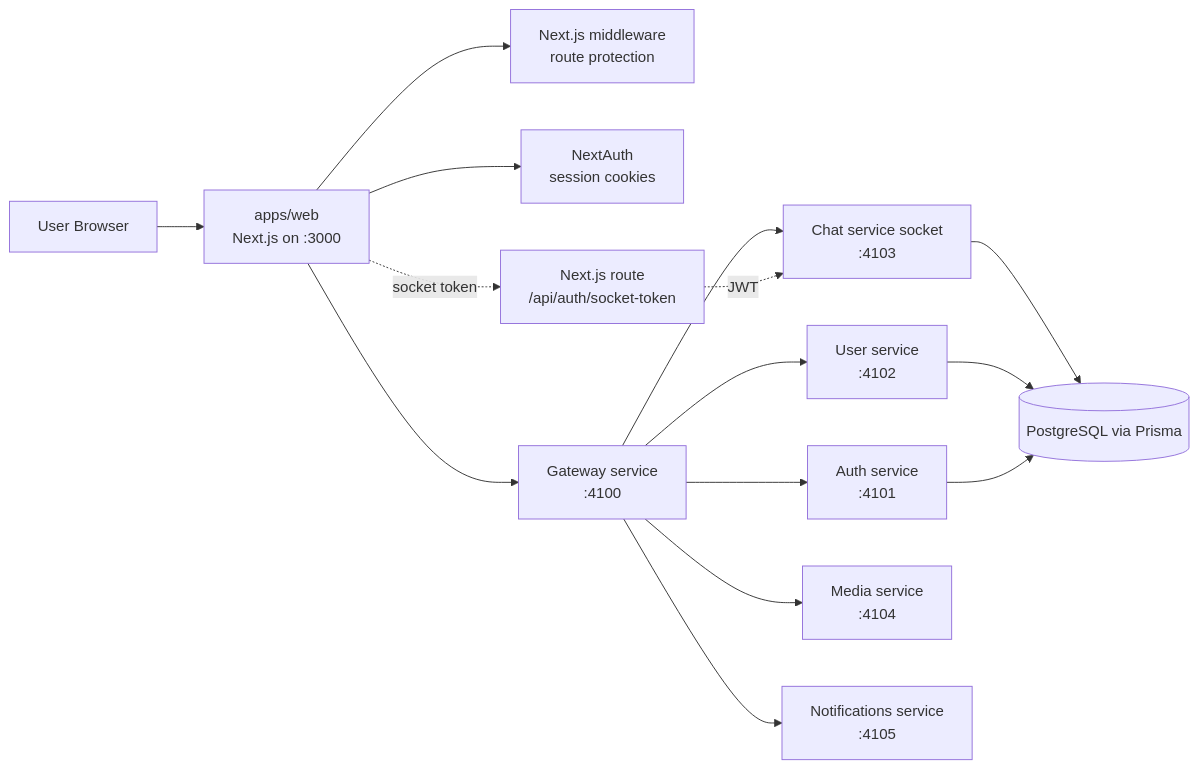
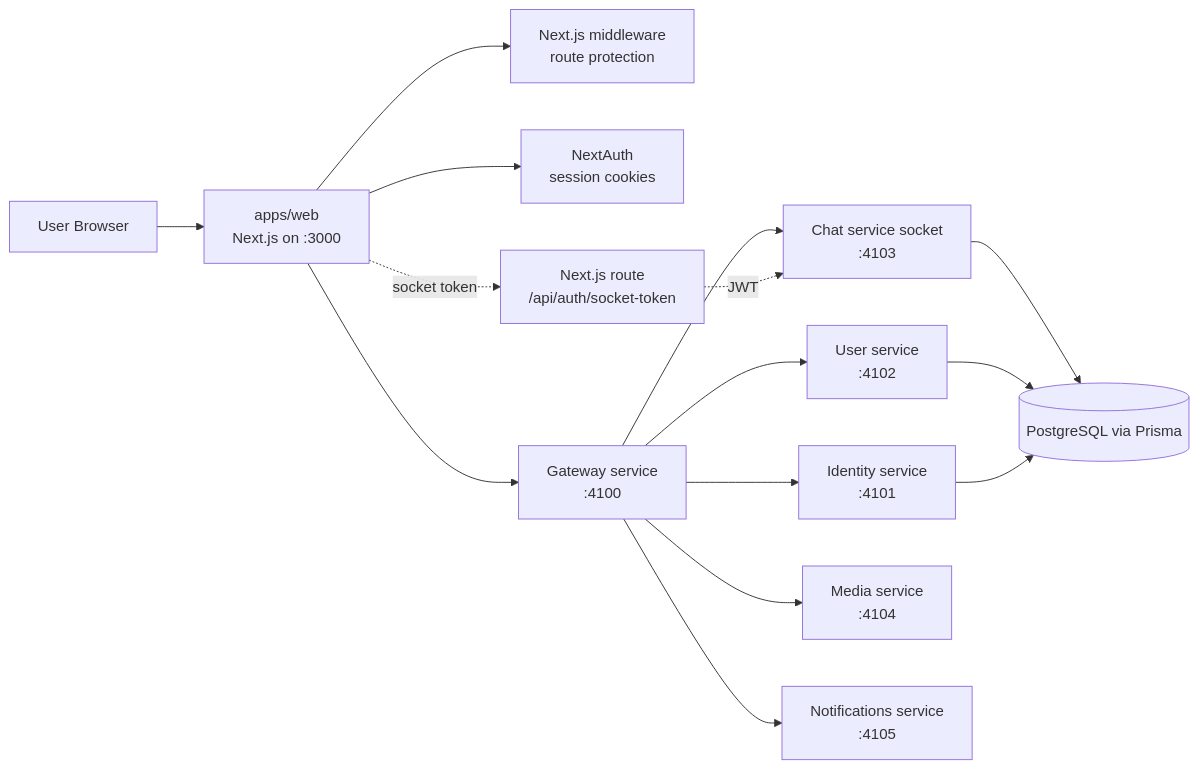
The first of 7 diagrams in docs/LOCALHOST_3000_REQUEST_WORKFLOW.md (Sam231221/Yome), drawn with Mermaid before and after one commit. The commit also changed other lines of this file and 7 other files, not shown here.

First line of the commit message:
docs: B05 completeness audit — remove unused dep, fix stale auth-service prose

````diff
--- a/docs/LOCALHOST_3000_REQUEST_WORKFLOW.md
+++ b/docs/LOCALHOST_3000_REQUEST_WORKFLOW.md
@@ -15,19 +15,19 @@
 ```mermaid
 flowchart LR
     U[User Browser] --> W[apps/web<br/>Next.js on :3000]
     W --> M[Next.js middleware<br/>route protection]
     W --> N[NextAuth<br/>session cookies]
     W --> G[Gateway service<br/>:4100]
     W -.socket token.-> A1[Next.js route<br/>/api/auth/socket-token]
     A1 -.JWT.-> C[Chat service socket<br/>:4103]
 
-    G --> A[Auth service<br/>:4101]
+    G --> A[Identity service<br/>:4101]
     G --> B[User service<br/>:4102]
     G --> C
     G --> D[Media service<br/>:4104]
     G --> E[Notifications service<br/>:4105]
 
     A --> DB[(PostgreSQL via Prisma)]
     B --> DB
     C --> DB
 ```
````
